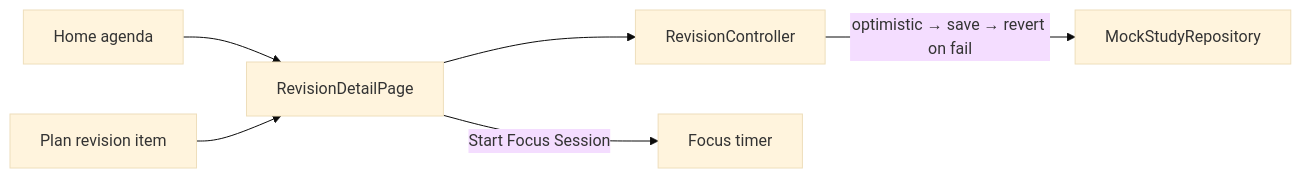
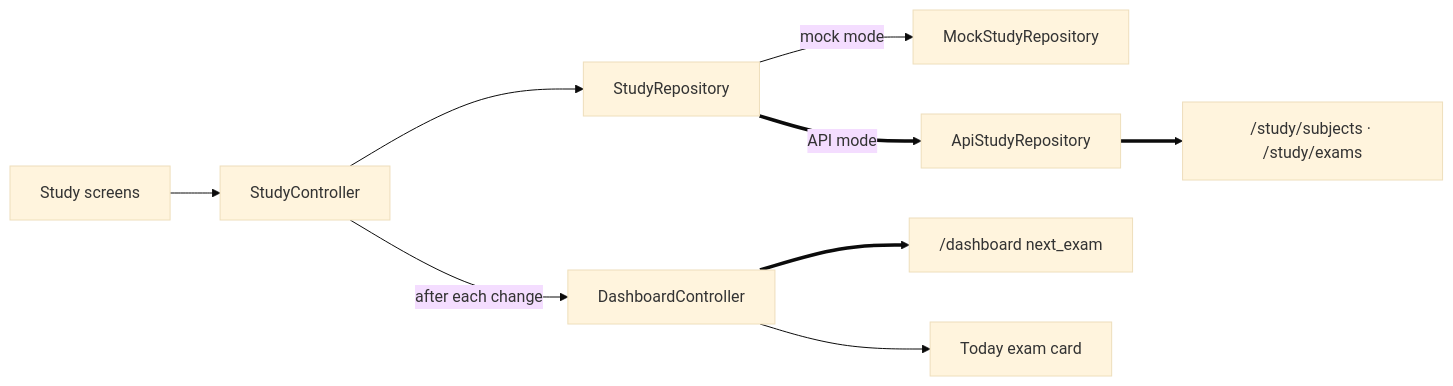
One commit to Gaoher-1207/omnia changed the diagram in docs/omnia-vault/Features/Study.md. Above: the diagram before and after it, drawn with Mermaid (base theme). The commit also changed other lines of this file and 28 other files, not shown here.

Commit message:
Integrate Study with backend API

````diff
--- a/docs/omnia-vault/Features/Study.md
+++ b/docs/omnia-vault/Features/Study.md
@@ -53,8 +65,9 @@
 ```mermaid
 flowchart LR
-    HOME["Home agenda"] --> RDP["RevisionDetailPage"]
-    PLAN["Plan revision item"] --> RDP
-    RDP --> RC["RevisionController"]
-    RC -->|"optimistic → save → revert on fail"| MSR["MockStudyRepository"]
-    RDP -->|Start Focus Session| FOCUS["Focus timer"]
+    SP["Study screens"] --> SC["StudyController"]
+    SC --> SR["StudyRepository"]
+    SR -->|mock mode| MSR["MockStudyRepository"]
+    SR ==>|API mode| ASR["ApiStudyRepository"] ==> API["/study/subjects · /study/exams"]
+    SC -->|after each change| DC["DashboardController"] ==> D["/dashboard next_exam"]
+    DC --> TODAY["Today exam card"]
 ```
````
